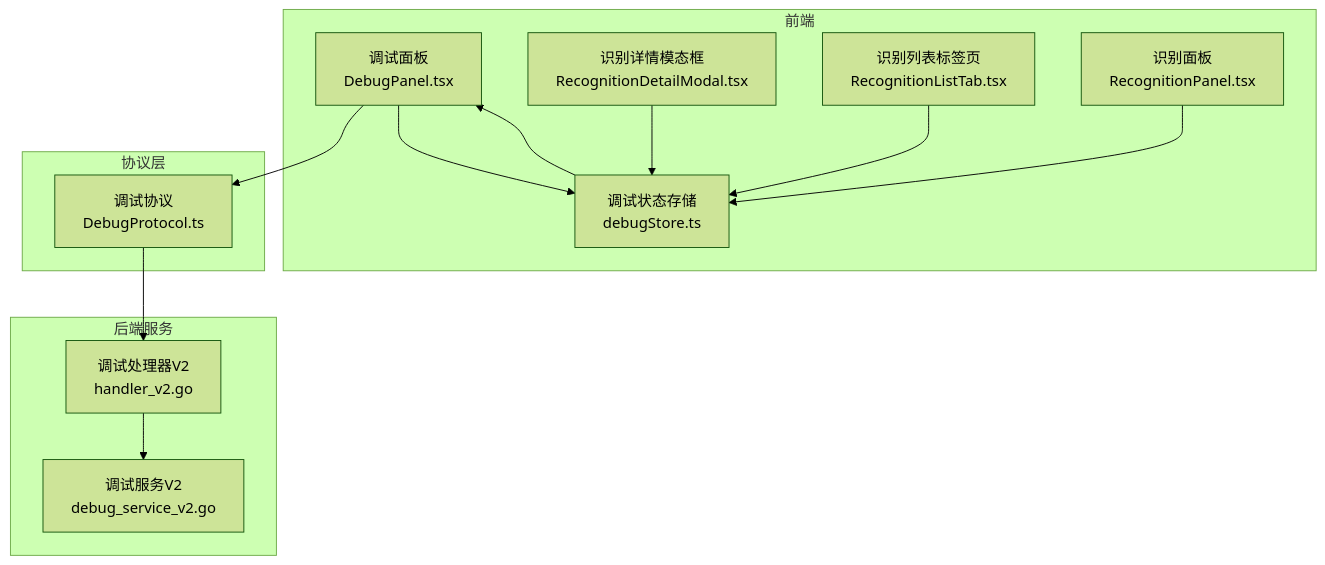
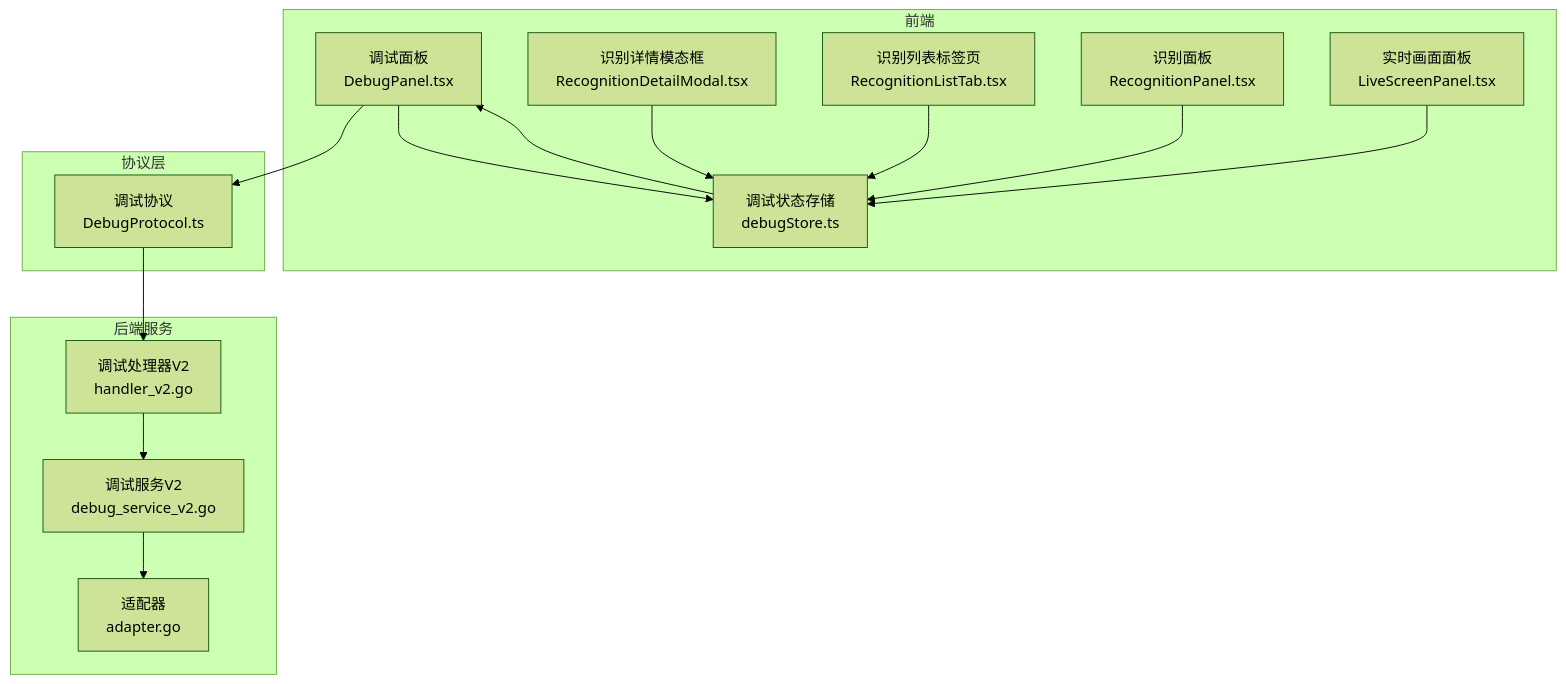
One commit to kqcoxn/MaaPipelineEditor changed the first of 7 diagrams in .qoder/repowiki/zh/content/调试与诊断/实时调试.md. Above: the diagram before and after it, drawn with Mermaid (forest theme). The commit also changed other lines of this file and 19 other files, not shown here.

````diff
--- a/.qoder/repowiki/zh/content/调试与诊断/实时调试.md
+++ b/.qoder/repowiki/zh/content/调试与诊断/实时调试.md
@@ -38,25 +50,29 @@
 ```mermaid
 graph TB
 subgraph "前端"
 DP["调试面板<br/>DebugPanel.tsx"]
 DS["调试状态存储<br/>debugStore.ts"]
 RP["识别详情模态框<br/>RecognitionDetailModal.tsx"]
 RL["识别列表标签页<br/>RecognitionListTab.tsx"]
 RPN["识别面板<br/>RecognitionPanel.tsx"]
+LSP["实时画面面板<br/>LiveScreenPanel.tsx"]
 end
 subgraph "协议层"
 DProto["调试协议<br/>DebugProtocol.ts"]
 end
 subgraph "后端服务"
 DHV2["调试处理器V2<br/>handler_v2.go"]
 DSV2["调试服务V2<br/>debug_service_v2.go"]
+ADP["适配器<br/>adapter.go"]
 end
 DP --> DProto
 DProto --> DHV2
 DHV2 --> DSV2
+DSV2 --> ADP
 DP --> DS
 DS --> DP
 RP --> DS
 RL --> DS
 RPN --> DS
+LSP --> DS
 ```
````
